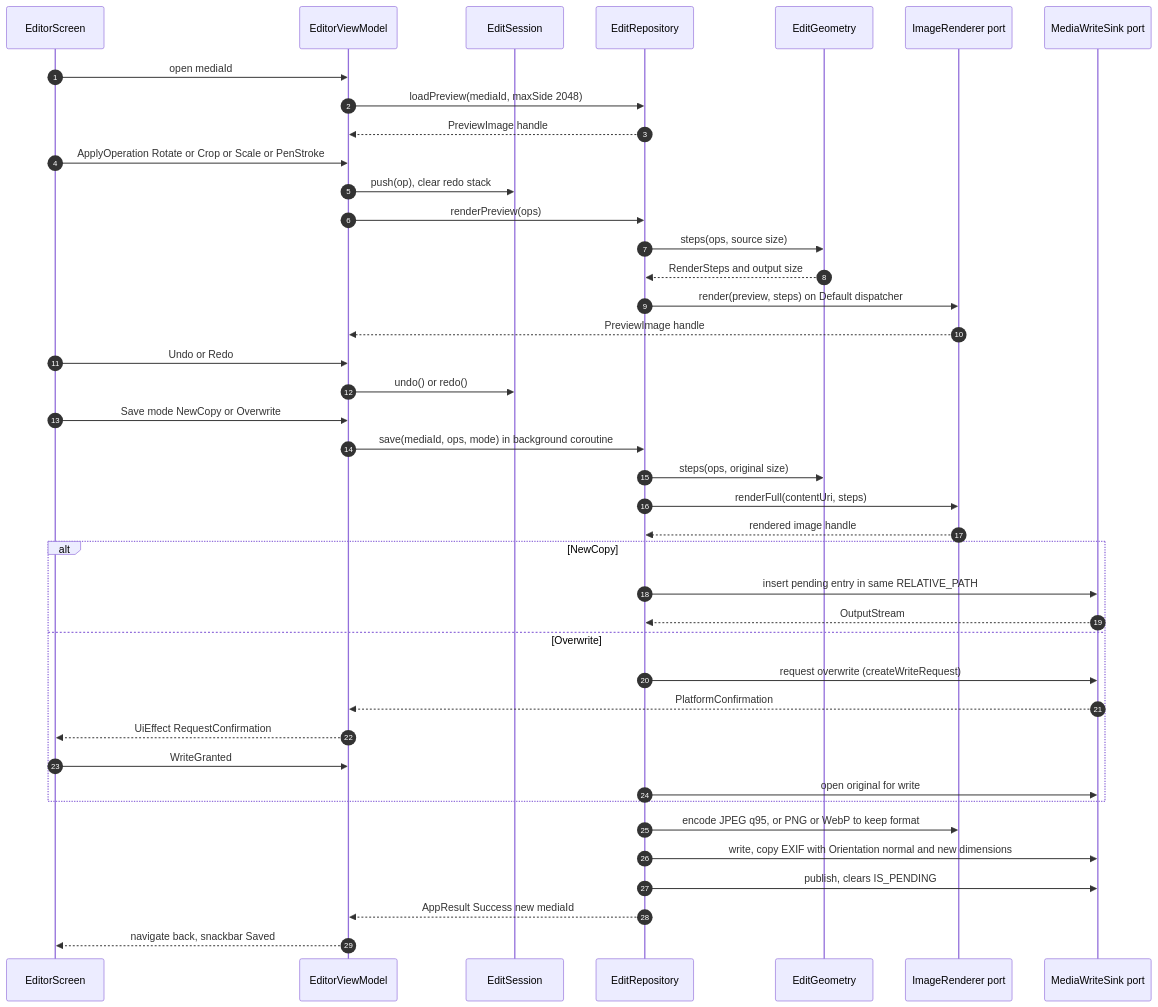
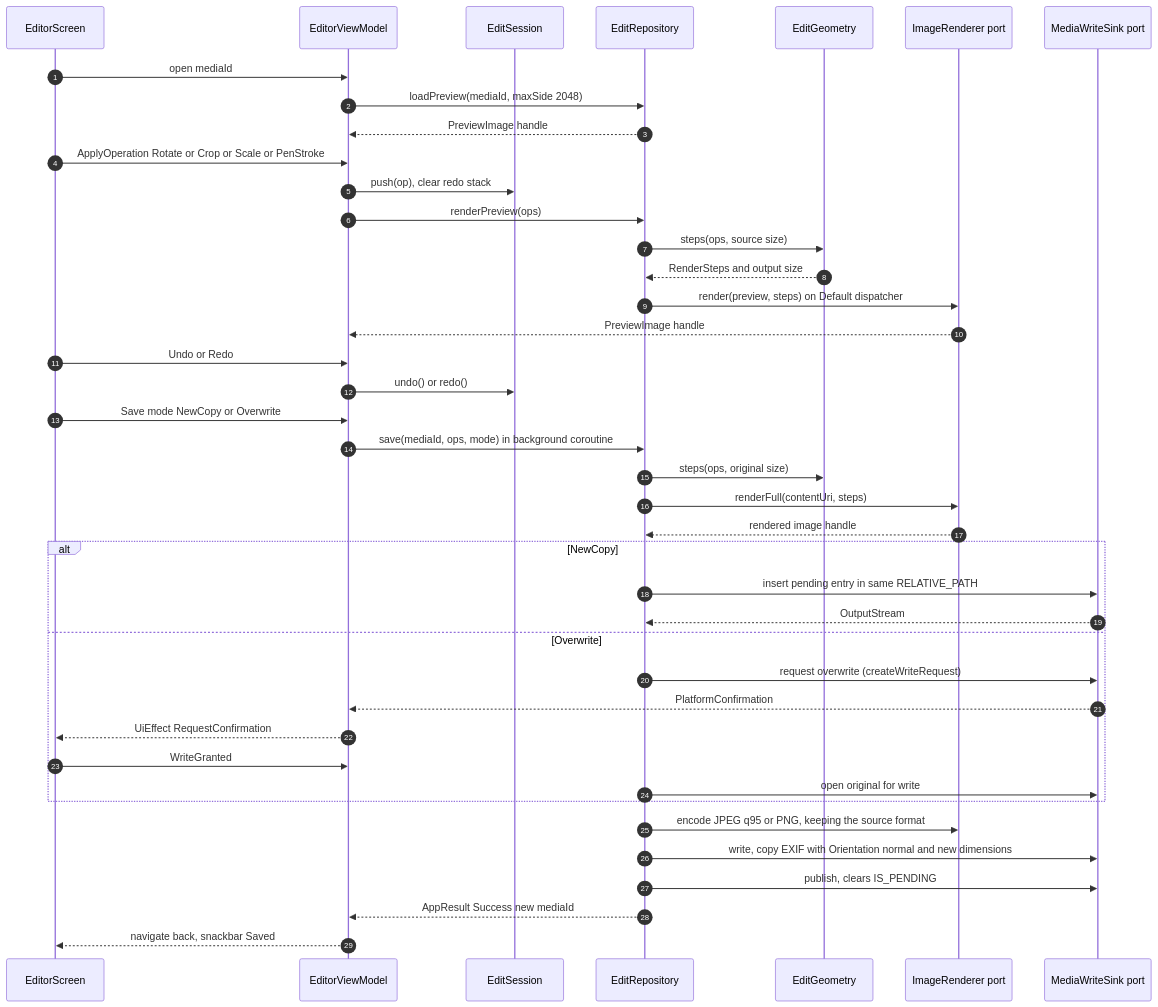
Before and after one commit to drehtuer/NextGalleryApp: the seventh of 12 diagrams in docs/ARCHITECTURE.md, drawn with Mermaid. The commit also changed other lines of this file and 3 other files, not shown here.

````diff
--- a/docs/ARCHITECTURE.md
+++ b/docs/ARCHITECTURE.md
@@ -566,44 +569,44 @@
 ```mermaid
 sequenceDiagram
     autonumber
     participant UI as EditorScreen
     participant VM as EditorViewModel
     participant S as EditSession
     participant R as EditRepository
     participant G as EditGeometry
     participant Ren as ImageRenderer port
     participant MW as MediaWriteSink port
 
     UI->>VM: open mediaId
     VM->>R: loadPreview(mediaId, maxSide 2048)
     R-->>VM: PreviewImage handle
     UI->>VM: ApplyOperation Rotate or Crop or Scale or PenStroke
     VM->>S: push(op), clear redo stack
     VM->>R: renderPreview(ops)
     R->>G: steps(ops, source size)
     G-->>R: RenderSteps and output size
     R->>Ren: render(preview, steps) on Default dispatcher
     Ren-->>VM: PreviewImage handle
     UI->>VM: Undo or Redo
     VM->>S: undo() or redo()
     UI->>VM: Save mode NewCopy or Overwrite
     VM->>R: save(mediaId, ops, mode) in background coroutine
     R->>G: steps(ops, original size)
     R->>Ren: renderFull(contentUri, steps)
     Ren-->>R: rendered image handle
     alt NewCopy
         R->>MW: insert pending entry in same RELATIVE_PATH
         MW-->>R: OutputStream
     else Overwrite
         R->>MW: request overwrite (createWriteRequest)
         MW-->>VM: PlatformConfirmation
         VM-->>UI: UiEffect RequestConfirmation
         UI->>VM: WriteGranted
         R->>MW: open original for write
     end
-    R->>Ren: encode JPEG q95, or PNG or WebP to keep format
+    R->>Ren: encode JPEG q95 or PNG, keeping the source format
     R->>MW: write, copy EXIF with Orientation normal and new dimensions
     R->>MW: publish, clears IS_PENDING
     R-->>VM: AppResult Success new mediaId
     VM-->>UI: navigate back, snackbar Saved
 ```
````
